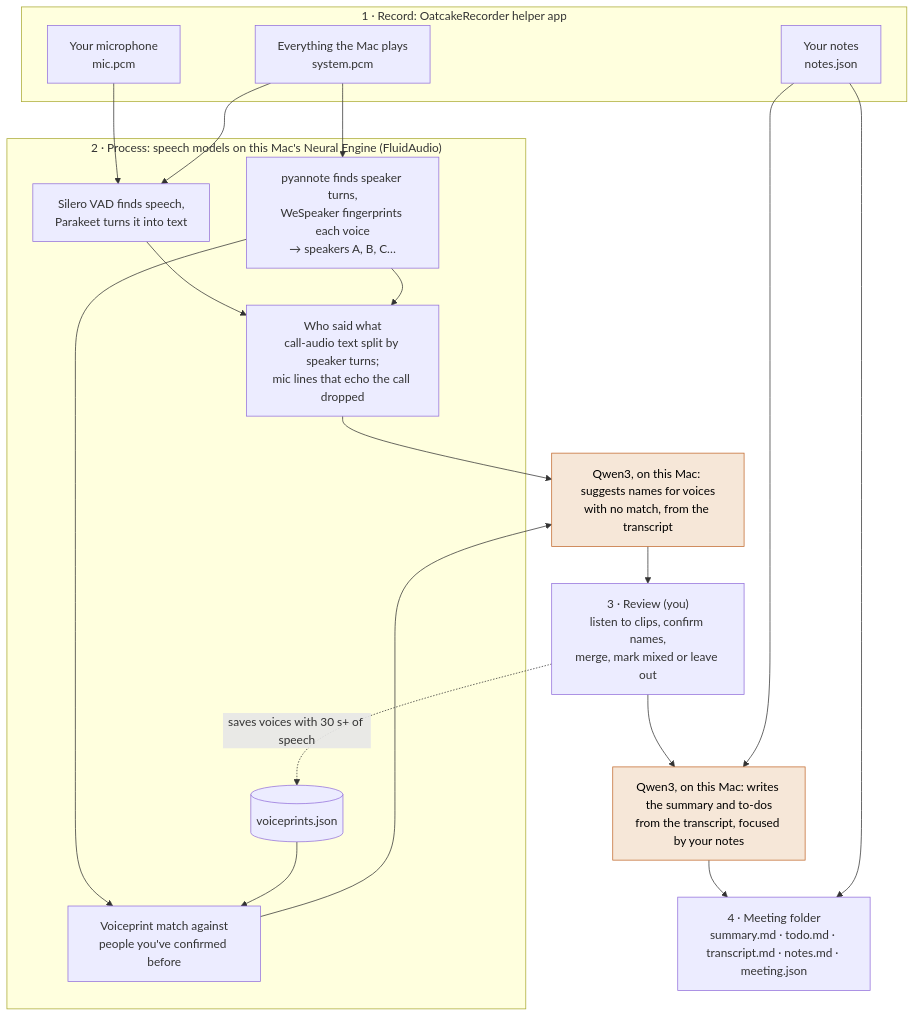
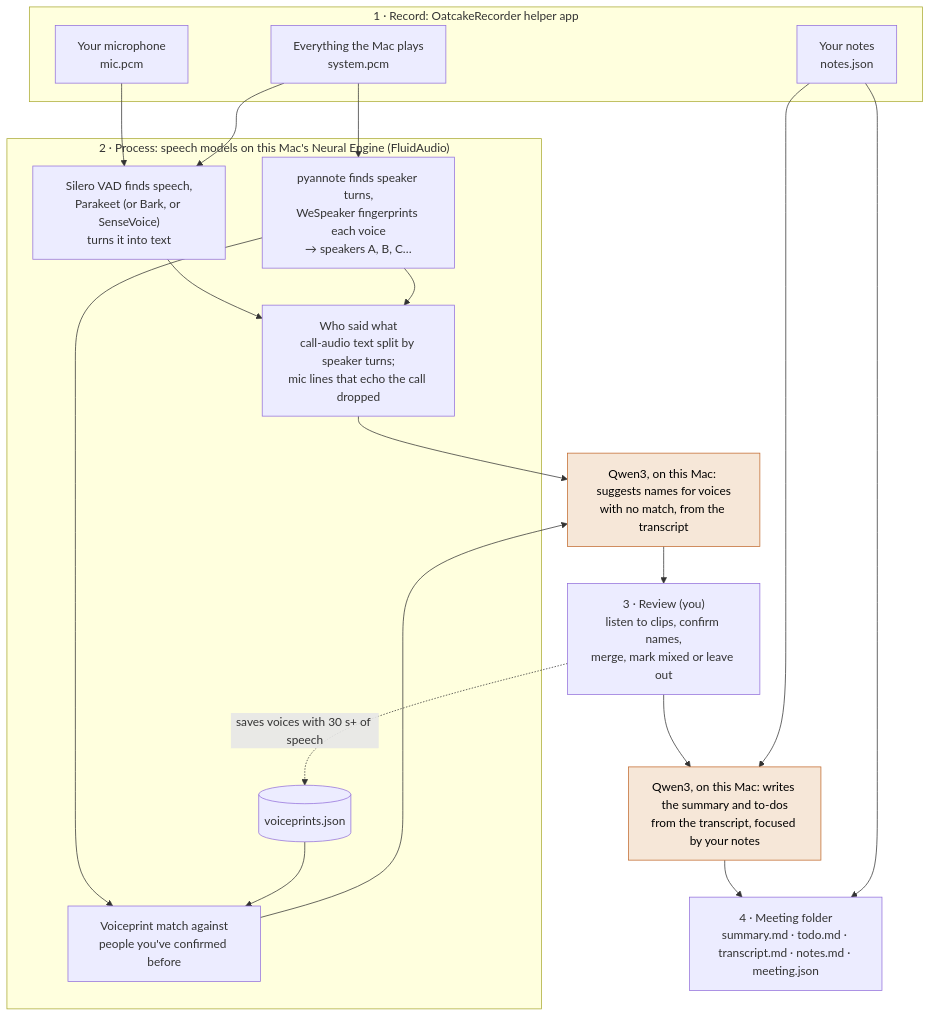
One commit to SirDarcanos/oatcake changed the diagram in docs/how-it-works.md. Above: the diagram before and after it, drawn with Mermaid. The commit also changed other lines of this file and 7 other files, not shown here.

First line of the commit message:
Bark English and SenseVoice as speech-to-text choices

````diff
--- a/docs/how-it-works.md
+++ b/docs/how-it-works.md
@@ -3,40 +3,40 @@
 ```mermaid
 flowchart TD
     subgraph record["1 · Record: OatcakeRecorder helper app"]
         mic["Your microphone<br/>mic.pcm"]
         sys["Everything the Mac plays<br/>system.pcm"]
         notes["Your notes<br/>notes.json"]
     end
 
     subgraph process["2 · Process: speech models on this Mac's Neural Engine (FluidAudio)"]
-        asr["Silero VAD finds speech,<br/>Parakeet turns it into text"]
+        asr["Silero VAD finds speech,<br/>Parakeet (or Bark, or SenseVoice)<br/>turns it into text"]
         voices["pyannote finds speaker turns,<br/>WeSpeaker fingerprints each voice<br/>→ speakers A, B, C…"]
         combine["Who said what<br/>call-audio text split by speaker turns;<br/>mic lines that echo the call dropped"]
         match["Voiceprint match against<br/>people you've confirmed before"]
         prints[("voiceprints.json")]
     end
 
     guess["Qwen3, on this Mac: suggests names for voices<br/>with no match, from the transcript"]
     review["3 · Review (you)<br/>listen to clips, confirm names,<br/>merge, mark mixed or leave out"]
     summary["Qwen3, on this Mac: writes the summary and to-dos<br/>from the transcript, focused by your notes"]
     folder["4 · Meeting folder<br/>summary.md · todo.md · transcript.md · notes.md · meeting.json"]
 
     mic --> asr
     sys --> asr
     sys --> voices
     asr --> combine
     voices --> combine
     voices --> match
     prints --> match
     combine --> guess
     match --> guess
     guess --> review
     review -.->|"saves voices with 30 s+ of speech"| prints
     review --> summary
     notes --> summary
     summary --> folder
     notes --> folder
 
     classDef llm fill:#f6e7d8,stroke:#c26a2e,color:#000
     class guess,summary llm
 ```
````
